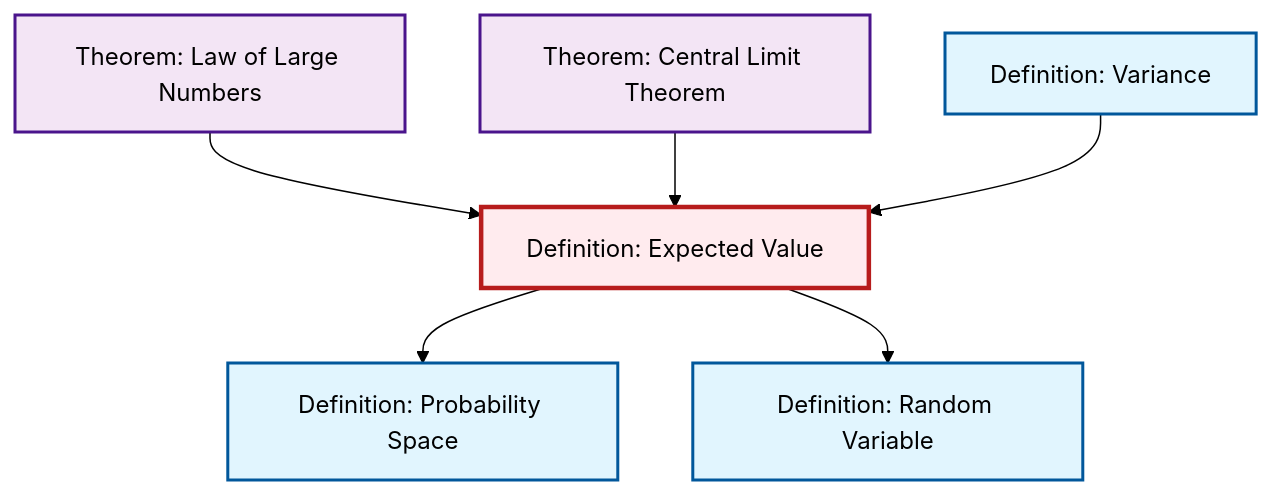
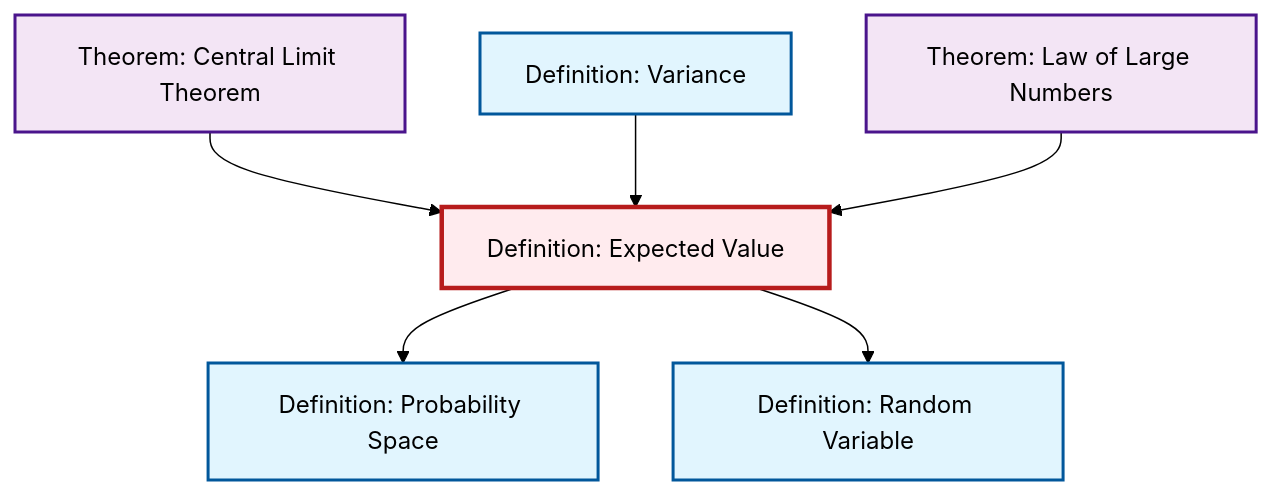
The second of 2 diagrams in content/en/probability-statistics/def-expectation.qmd (RK0429/ModernMath), drawn with Mermaid (forest theme) before and after one commit. The commit also changed other lines of this file and 597 other files, not shown here.

````diff
--- a/content/en/probability-statistics/def-expectation.qmd
+++ b/content/en/probability-statistics/def-expectation.qmd
@@ -86,26 +86,26 @@
 ```{mermaid}
 %%| fig-cap: "Local dependency graph"
 graph TD
     classDef definition fill:#e1f5fe,stroke:#01579b,stroke-width:2px
     classDef theorem fill:#f3e5f5,stroke:#4a148c,stroke-width:2px
     classDef axiom fill:#fff3e0,stroke:#e65100,stroke-width:2px
     classDef example fill:#e8f5e9,stroke:#1b5e20,stroke-width:2px
     classDef current fill:#ffebee,stroke:#b71c1c,stroke-width:3px
     def-probability-space["Definition: Probability Space"]:::definition
-    thm-central-limit["Theorem: Central Limit Theorem"]:::theorem
+    thm-law-of-large-numbers["Theorem: Law of Large Numbers"]:::theorem
     def-variance["Definition: Variance"]:::definition
     def-expectation["Definition: Expected Value"]:::definition
-    thm-law-of-large-numbers["Theorem: Law of Large Numbers"]:::theorem
     def-random-variable["Definition: Random Variable"]:::definition
+    thm-central-limit["Theorem: Central Limit Theorem"]:::theorem
+    thm-central-limit --> def-expectation
+    def-variance --> def-expectation
     thm-law-of-large-numbers --> def-expectation
     def-expectation --> def-probability-space
-    thm-central-limit --> def-expectation
     def-expectation --> def-random-variable
-    def-variance --> def-expectation
     class def-expectation current
     click def-probability-space "def-probability-space.html" "Go to Probability Space definition"
+    click thm-law-of-large-numbers "thm-law-of-large-numbers.html" "Go to Law of Large Numbers theorem"
+    click def-variance "def-variance.html" "Go to Variance definition"
+    click def-random-variable "def-random-variable.html" "Go to Random Variable definition"
     click thm-central-limit "thm-central-limit.html" "Go to Central Limit Theorem theorem"
-    click def-variance "def-variance.html" "Go to Variance definition"
-    click thm-law-of-large-numbers "thm-law-of-large-numbers.html" "Go to Law of Large Numbers theorem"
-    click def-random-variable "def-random-variable.html" "Go to Random Variable definition"
 ```
````
